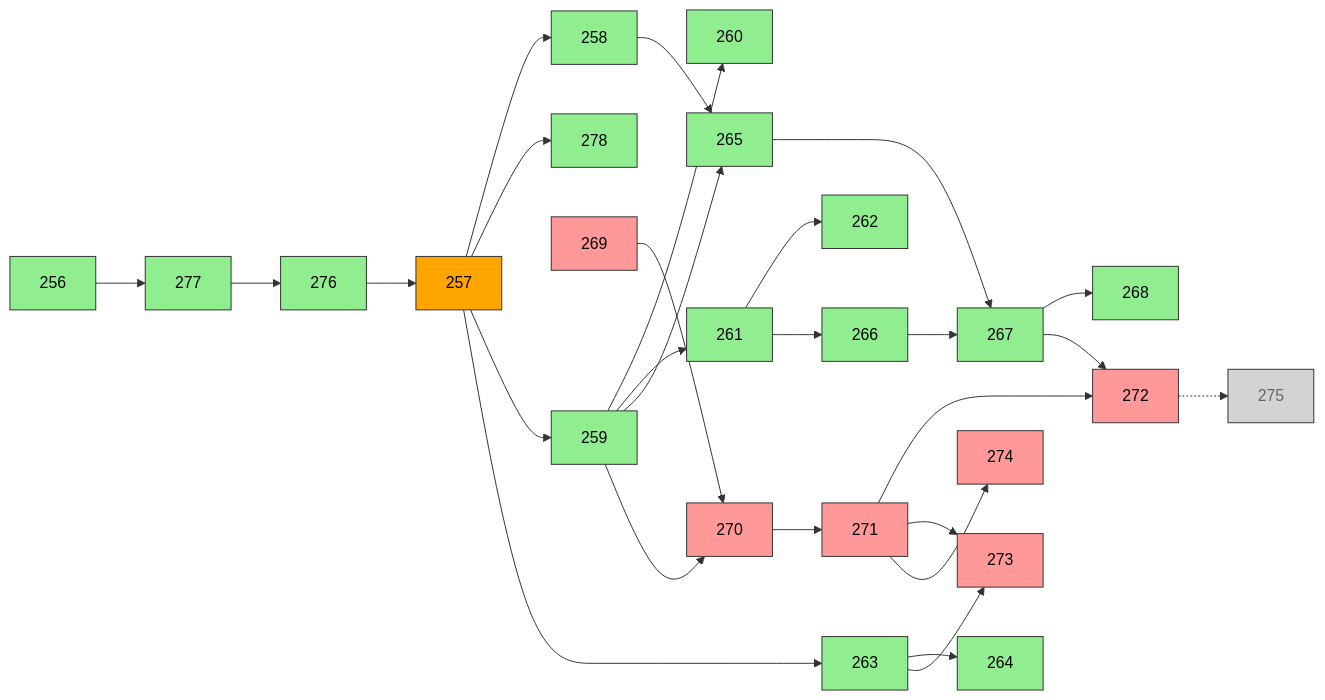
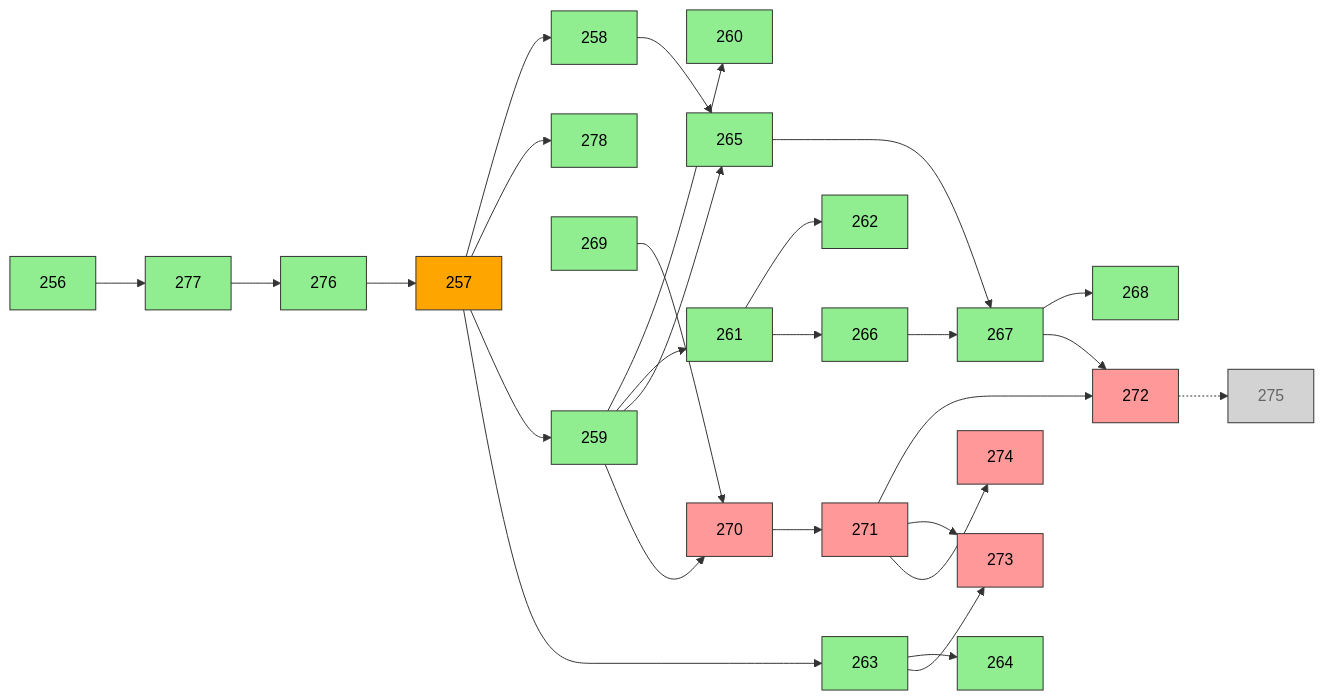
The second of 2 diagrams in docs/EPIC - COMPAGNON CONVERSATIONNEL/CADRAGE_COMPAGNON_ACTIF.md (eremyperso/assistant-potager), drawn with Mermaid before and after one commit. The commit also changed 39 other files, not shown here.

````diff
--- a/docs/EPIC - COMPAGNON CONVERSATIONNEL/CADRAGE_COMPAGNON_ACTIF.md
+++ b/docs/EPIC - COMPAGNON CONVERSATIONNEL/CADRAGE_COMPAGNON_ACTIF.md
@@ -664,29 +664,29 @@
 ```mermaid
 flowchart LR
     classDef realise fill:#90EE90,stroke:#333,color:#000;
     classDef encours fill:#FFA500,stroke:#333,color:#000;
     classDef afaire fill:#FF9999,stroke:#333,color:#000;
     classDef facultatif fill:#D3D3D3,stroke:#333,color:#666;
     
     256 --> 277 --> 276 --> 257 --> 258
     257 --> 278
     257 --> 259 --> 260
     259 --> 261 --> 262
     257 --> 263 --> 264
     258 --> 265
     259 --> 265
     261 --> 266 --> 267 --> 268
     265 --> 267
     269 --> 270 --> 271 --> 272
     259 --> 270
     267 --> 272
     263 --> 273
     271 --> 273
     271 --> 274
     272 -.-> 275
     
-    class 256,258,259,260,261,262,263,264,265,276,277,278,266,267,268 realise;
+    class 256,258,259,260,261,262,263,264,265,276,277,278,266,267,268,269 realise;
     class 257 encours;
-    class 269,270,271,272,273,274 afaire;
+    class 270,271,272,273,274 afaire;
     class 275 facultatif;
 ```
````
